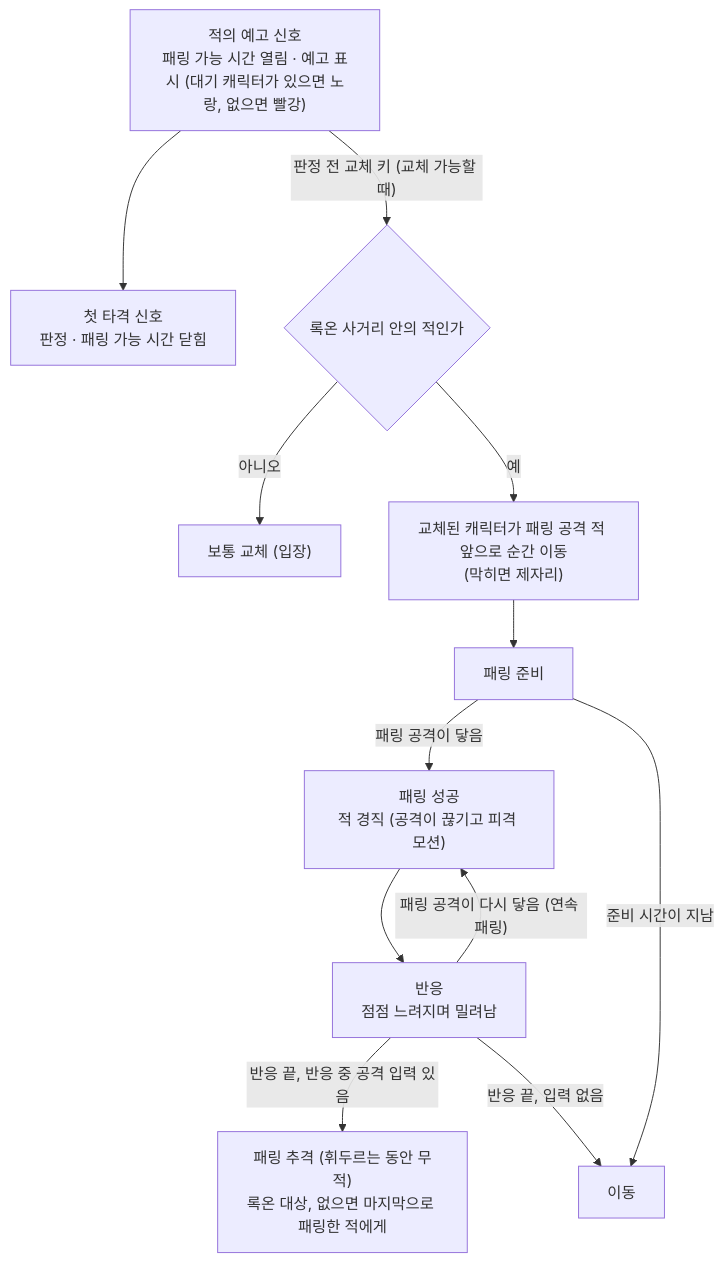
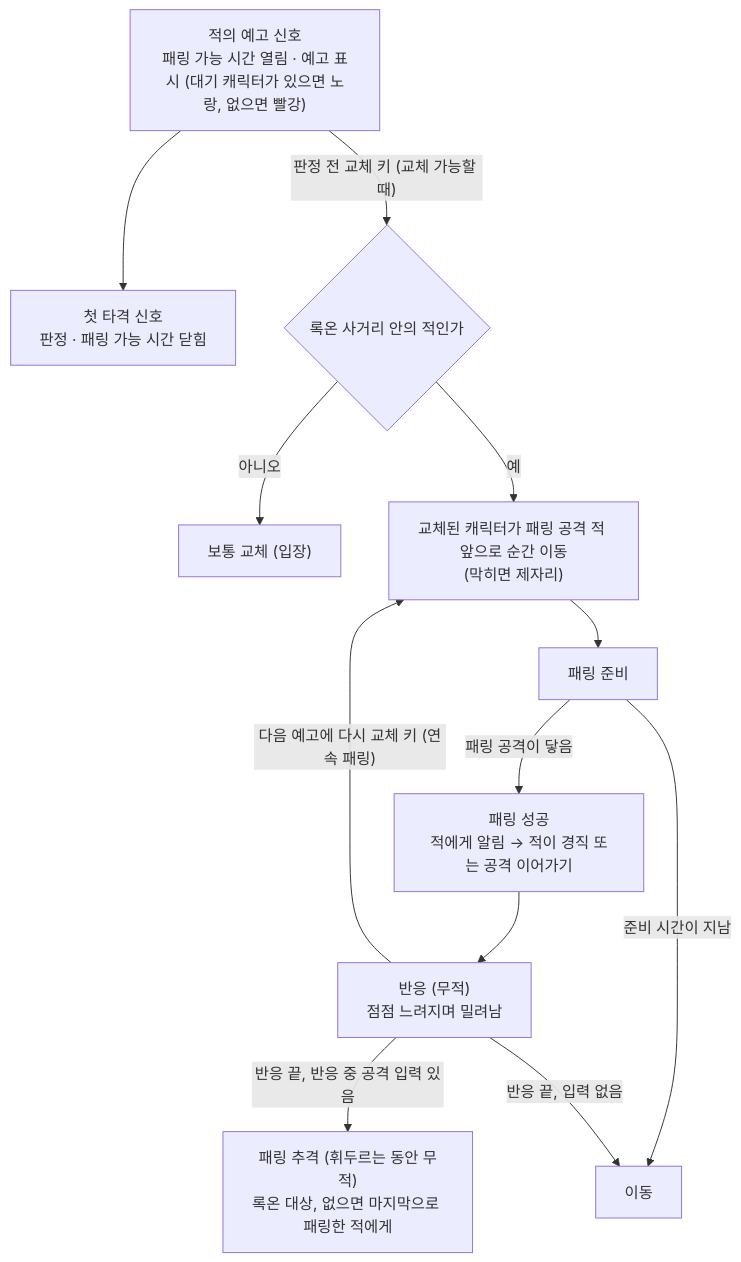
One commit to SquashPrince/Develrocket_mp15_HHH changed the third of 3 diagrams in Docs/Technical/Player/PlayerHit.md. Above: the diagram before and after it, drawn with Mermaid. The commit also changed other lines of this file and 9 other files, not shown here.

````diff
--- a/Docs/Technical/Player/PlayerHit.md
+++ b/Docs/Technical/Player/PlayerHit.md
@@ -98,14 +100,14 @@
 ```mermaid
 flowchart TD
     Y["적의 예고 신호<br>패링 가능 시간 열림 · 예고 표시 (대기 캐릭터가 있으면 노랑, 없으면 빨강)"] --> J["첫 타격 신호<br>판정 · 패링 가능 시간 닫힘"]
     Y -->|"판정 전 교체 키 (교체 가능할 때)"| D{"록온 사거리 안의 적인가"}
     D -->|"아니오"| N["보통 교체 (입장)"]
     D -->|"예"| T["교체된 캐릭터가 패링 공격 적 앞으로 순간 이동<br>(막히면 제자리)"]
     T --> R["패링 준비"]
-    R -->|"패링 공격이 닿음"| S["패링 성공<br>적 경직 (공격이 끊기고 피격 모션)"]
+    R -->|"패링 공격이 닿음"| S["패링 성공<br>적에게 알림 → 적이 경직 또는 공격 이어가기"]
     R -->|"준비 시간이 지남"| L["이동"]
-    S --> P["반응<br>점점 느려지며 밀려남"]
-    P -->|"패링 공격이 다시 닿음 (연속 패링)"| S
+    S --> P["반응 (무적)<br>점점 느려지며 밀려남"]
+    P -->|"다음 예고에 다시 교체 키 (연속 패링)"| T
     P -->|"반응 끝, 반응 중 공격 입력 있음"| C["패링 추격 (휘두르는 동안 무적)<br>록온 대상, 없으면 마지막으로 패링한 적에게"]
     P -->|"반응 끝, 입력 없음"| L
 ```
````
